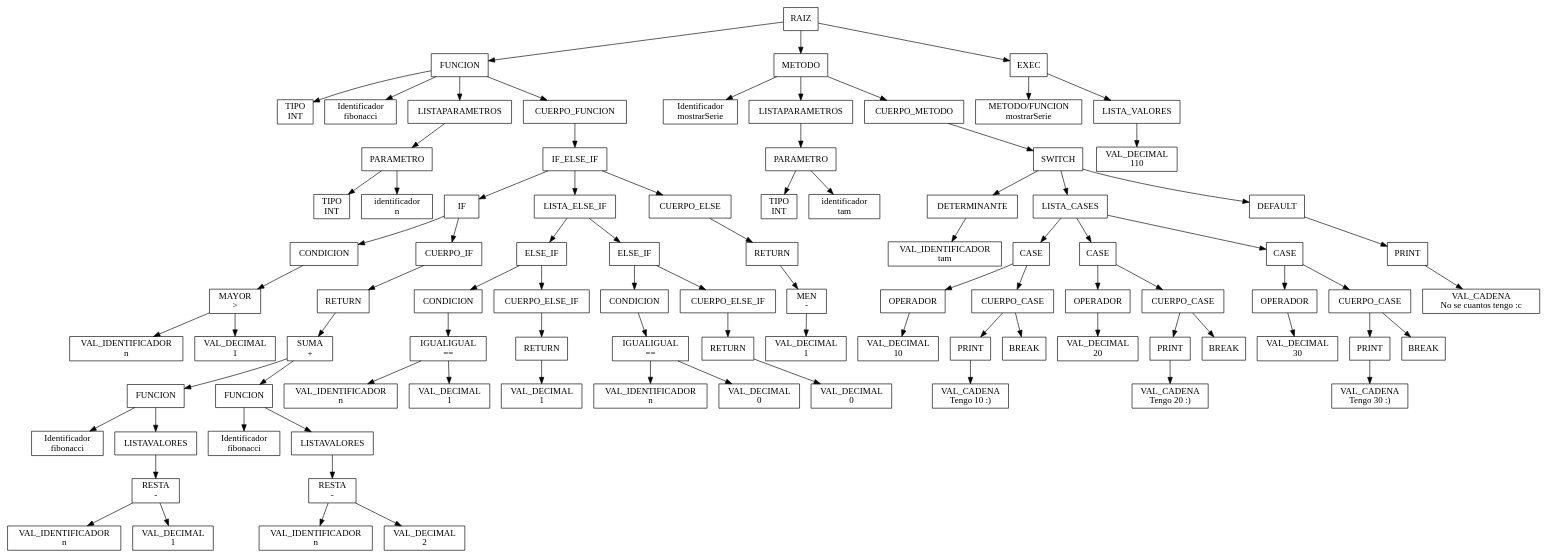
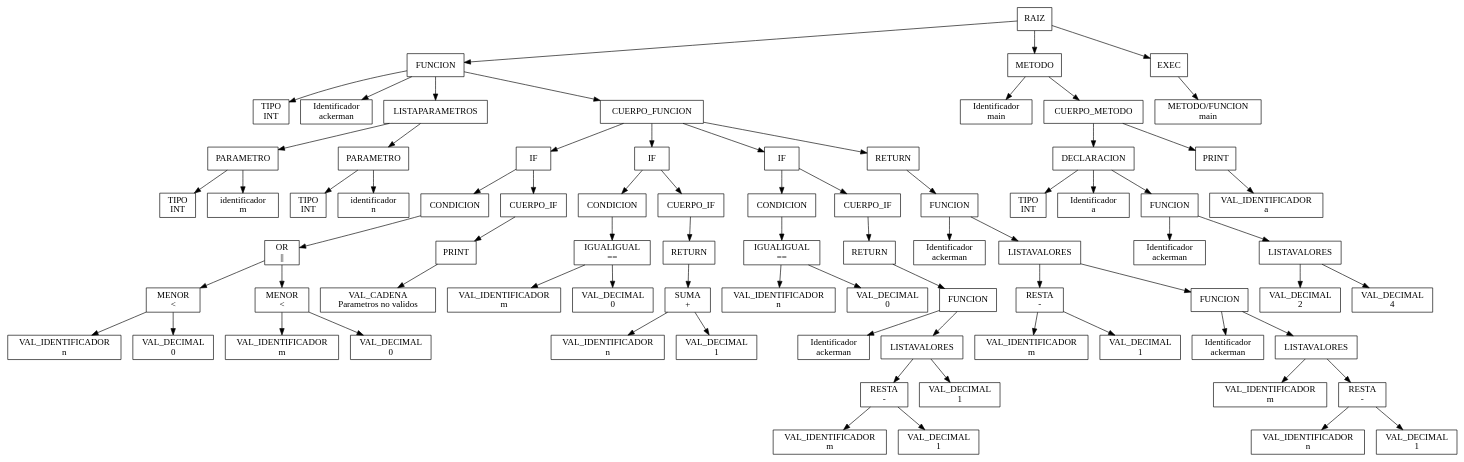
Before and after one commit to AngelArteaga1/OLC_Proyecto2_201901816: the diagram in backend/controller/ReporteAST/AST.dot, drawn with Graphviz. The commit also changed 6 other files, not shown here.

```diff
--- a/backend/controller/ReporteAST/AST.dot
+++ b/backend/controller/ReporteAST/AST.dot
@@ -1,180 +1,154 @@
 digraph G{node[shape="box"]Nodo0[label="RAIZ"];
 Nodo1[label="FUNCION"];
 Nodo0->Nodo1;
 Nodo2[label="TIPO \n INT"];
 Nodo1->Nodo2;
-Nodo3[label="Identificador \n fibonacci"];
+Nodo3[label="Identificador \n ackerman"];
 Nodo1->Nodo3;
 Nodo4[label="LISTAPARAMETROS"];
 Nodo1->Nodo4;
 Nodo5[label="PARAMETRO"];
 Nodo4->Nodo5;
 Nodo6[label="TIPO \n INT"];
 Nodo5->Nodo6;
-Nodo7[label="identificador \n n"];
+Nodo7[label="identificador \n m"];
 Nodo5->Nodo7;
-Nodo8[label="CUERPO_FUNCION"];
-Nodo1->Nodo8;
-Nodo9[label="IF_ELSE_IF"];
+Nodo8[label="PARAMETRO"];
+Nodo4->Nodo8;
+Nodo9[label="TIPO \n INT"];
 Nodo8->Nodo9;
-Nodo10[label="IF"];
-Nodo9->Nodo10;
-Nodo11[label="CONDICION"];
-Nodo10->Nodo11;
-Nodo12[label=" MAYOR \n >"];
+Nodo10[label="identificador \n n"];
+Nodo8->Nodo10;
+Nodo11[label="CUERPO_FUNCION"];
+Nodo1->Nodo11;
+Nodo12[label="IF"];
 Nodo11->Nodo12;
-Nodo13[label="VAL_IDENTIFICADOR \n n"];
+Nodo13[label="CONDICION"];
 Nodo12->Nodo13;
-Nodo14[label="VAL_DECIMAL \n 1"];
-Nodo12->Nodo14;
-Nodo15[label="CUERPO_IF"];
-Nodo10->Nodo15;
-Nodo16[label="RETURN"];
+Nodo14[label=" OR \n ||"];
+Nodo13->Nodo14;
+Nodo15[label=" MENOR \n <"];
+Nodo14->Nodo15;
+Nodo16[label="VAL_IDENTIFICADOR \n n"];
 Nodo15->Nodo16;
-Nodo17[label=" SUMA \n +"];
-Nodo16->Nodo17;
-Nodo18[label="FUNCION"];
-Nodo17->Nodo18;
-Nodo19[label="Identificador \n fibonacci"];
+Nodo17[label="VAL_DECIMAL \n 0"];
+Nodo15->Nodo17;
+Nodo18[label=" MENOR \n <"];
+Nodo14->Nodo18;
+Nodo19[label="VAL_IDENTIFICADOR \n m"];
 Nodo18->Nodo19;
-Nodo20[label="LISTAVALORES"];
+Nodo20[label="VAL_DECIMAL \n 0"];
 Nodo18->Nodo20;
-Nodo21[label=" RESTA \n -"];
-Nodo20->Nodo21;
-Nodo22[label="VAL_IDENTIFICADOR \n n"];
+Nodo21[label="CUERPO_IF"];
+Nodo12->Nodo21;
+Nodo22[label="PRINT"];
 Nodo21->Nodo22;
-Nodo23[label="VAL_DECIMAL \n 1"];
-Nodo21->Nodo23;
-Nodo24[label="FUNCION"];
-Nodo17->Nodo24;
-Nodo25[label="Identificador \n fibonacci"];
+Nodo23[label="VAL_CADENA \n Parametros no validos"];
+Nodo22->Nodo23;
+Nodo24[label="IF"];
+Nodo11->Nodo24;
+Nodo25[label="CONDICION"];
 Nodo24->Nodo25;
-Nodo26[label="LISTAVALORES"];
-Nodo24->Nodo26;
-Nodo27[label=" RESTA \n -"];
+Nodo26[label=" IGUALIGUAL \n =="];
+Nodo25->Nodo26;
+Nodo27[label="VAL_IDENTIFICADOR \n m"];
 Nodo26->Nodo27;
-Nodo28[label="VAL_IDENTIFICADOR \n n"];
-Nodo27->Nodo28;
-Nodo29[label="VAL_DECIMAL \n 2"];
-Nodo27->Nodo29;
-Nodo30[label="LISTA_ELSE_IF"];
-Nodo9->Nodo30;
-Nodo31[label="ELSE_IF"];
+Nodo28[label="VAL_DECIMAL \n 0"];
+Nodo26->Nodo28;
+Nodo29[label="CUERPO_IF"];
+Nodo24->Nodo29;
+Nodo30[label="RETURN"];
+Nodo29->Nodo30;
+Nodo31[label=" SUMA \n +"];
 Nodo30->Nodo31;
-Nodo32[label="CONDICION"];
+Nodo32[label="VAL_IDENTIFICADOR \n n"];
 Nodo31->Nodo32;
-Nodo33[label=" IGUALIGUAL \n =="];
-Nodo32->Nodo33;
-Nodo34[label="VAL_IDENTIFICADOR \n n"];
-Nodo33->Nodo34;
-Nodo35[label="VAL_DECIMAL \n 1"];
-Nodo33->Nodo35;
-Nodo36[label="CUERPO_ELSE_IF"];
-Nodo31->Nodo36;
-Nodo37[label="RETURN"];
+Nodo33[label="VAL_DECIMAL \n 1"];
+Nodo31->Nodo33;
+Nodo34[label="IF"];
+Nodo11->Nodo34;
+Nodo35[label="CONDICION"];
+Nodo34->Nodo35;
+Nodo36[label=" IGUALIGUAL \n =="];
+Nodo35->Nodo36;
+Nodo37[label="VAL_IDENTIFICADOR \n n"];
 Nodo36->Nodo37;
-Nodo38[label="VAL_DECIMAL \n 1"];
-Nodo37->Nodo38;
-Nodo39[label="ELSE_IF"];
-Nodo30->Nodo39;
-Nodo40[label="CONDICION"];
+Nodo38[label="VAL_DECIMAL \n 0"];
+Nodo36->Nodo38;
+Nodo39[label="CUERPO_IF"];
+Nodo34->Nodo39;
+Nodo40[label="RETURN"];
 Nodo39->Nodo40;
-Nodo41[label=" IGUALIGUAL \n =="];
+Nodo41[label="FUNCION"];
 Nodo40->Nodo41;
-Nodo42[label="VAL_IDENTIFICADOR \n n"];
+Nodo42[label="Identificador \n ackerman"];
 Nodo41->Nodo42;
-Nodo43[label="VAL_DECIMAL \n 0"];
+Nodo43[label="LISTAVALORES"];
 Nodo41->Nodo43;
-Nodo44[label="CUERPO_ELSE_IF"];
-Nodo39->Nodo44;
-Nodo45[label="RETURN"];
+Nodo44[label=" RESTA \n -"];
+Nodo43->Nodo44;
+Nodo45[label="VAL_IDENTIFICADOR \n m"];
 Nodo44->Nodo45;
-Nodo46[label="VAL_DECIMAL \n 0"];
-Nodo45->Nodo46;
-Nodo47[label="CUERPO_ELSE"];
-Nodo9->Nodo47;
+Nodo46[label="VAL_DECIMAL \n 1"];
+Nodo44->Nodo46;
+Nodo47[label="VAL_DECIMAL \n 1"];
+Nodo43->Nodo47;
 Nodo48[label="RETURN"];
-Nodo47->Nodo48;
-Nodo49[label=" MEN \n -"];
+Nodo11->Nodo48;
+Nodo49[label="FUNCION"];
 Nodo48->Nodo49;
-Nodo50[label="VAL_DECIMAL \n 1"];
+Nodo50[label="Identificador \n ackerman"];
 Nodo49->Nodo50;
-Nodo51[label="METODO"];
-Nodo0->Nodo51;
-Nodo52[label="Identificador \n mostrarSerie"];
+Nodo51[label="LISTAVALORES"];
+Nodo49->Nodo51;
+Nodo52[label=" RESTA \n -"];
 Nodo51->Nodo52;
-Nodo53[label="LISTAPARAMETROS"];
-Nodo51->Nodo53;
-Nodo54[label="PARAMETRO"];
-Nodo53->Nodo54;
-Nodo55[label="TIPO \n INT"];
-Nodo54->Nodo55;
-Nodo56[label="identificador \n tam"];
-Nodo54->Nodo56;
-Nodo57[label="CUERPO_METODO"];
-Nodo51->Nodo57;
-Nodo58[label="SWITCH"];
+Nodo53[label="VAL_IDENTIFICADOR \n m"];
+Nodo52->Nodo53;
+Nodo54[label="VAL_DECIMAL \n 1"];
+Nodo52->Nodo54;
+Nodo55[label="FUNCION"];
+Nodo51->Nodo55;
+Nodo56[label="Identificador \n ackerman"];
+Nodo55->Nodo56;
+Nodo57[label="LISTAVALORES"];
+Nodo55->Nodo57;
+Nodo58[label="VAL_IDENTIFICADOR \n m"];
 Nodo57->Nodo58;
-Nodo59[label="DETERMINANTE"];
-Nodo58->Nodo59;
-Nodo60[label="VAL_IDENTIFICADOR \n tam"];
+Nodo59[label=" RESTA \n -"];
+Nodo57->Nodo59;
+Nodo60[label="VAL_IDENTIFICADOR \n n"];
 Nodo59->Nodo60;
-Nodo61[label="LISTA_CASES"];
-Nodo58->Nodo61;
-Nodo62[label="CASE"];
-Nodo61->Nodo62;
-Nodo63[label="OPERADOR"];
+Nodo61[label="VAL_DECIMAL \n 1"];
+Nodo59->Nodo61;
+Nodo62[label="METODO"];
+Nodo0->Nodo62;
+Nodo63[label="Identificador \n main"];
 Nodo62->Nodo63;
-Nodo64[label="VAL_DECIMAL \n 10"];
-Nodo63->Nodo64;
-Nodo65[label="CUERPO_CASE"];
-Nodo62->Nodo65;
-Nodo66[label="PRINT"];
+Nodo64[label="CUERPO_METODO"];
+Nodo62->Nodo64;
+Nodo65[label="DECLARACION"];
+Nodo64->Nodo65;
+Nodo66[label="TIPO \n INT"];
 Nodo65->Nodo66;
-Nodo67[label="VAL_CADENA \n Tengo 10 :)"];
-Nodo66->Nodo67;
-Nodo68[label="BREAK"];
+Nodo67[label="Identificador \n a"];
+Nodo65->Nodo67;
+Nodo68[label="FUNCION"];
 Nodo65->Nodo68;
-Nodo69[label="CASE"];
-Nodo61->Nodo69;
-Nodo70[label="OPERADOR"];
-Nodo69->Nodo70;
-Nodo71[label="VAL_DECIMAL \n 20"];
+Nodo69[label="Identificador \n ackerman"];
+Nodo68->Nodo69;
+Nodo70[label="LISTAVALORES"];
+Nodo68->Nodo70;
+Nodo71[label="VAL_DECIMAL \n 2"];
 Nodo70->Nodo71;
-Nodo72[label="CUERPO_CASE"];
-Nodo69->Nodo72;
+Nodo72[label="VAL_DECIMAL \n 4"];
+Nodo70->Nodo72;
 Nodo73[label="PRINT"];
-Nodo72->Nodo73;
-Nodo74[label="VAL_CADENA \n Tengo 20 :)"];
+Nodo64->Nodo73;
+Nodo74[label="VAL_IDENTIFICADOR \n a"];
 Nodo73->Nodo74;
-Nodo75[label="BREAK"];
-Nodo72->Nodo75;
-Nodo76[label="CASE"];
-Nodo61->Nodo76;
-Nodo77[label="OPERADOR"];
-Nodo76->Nodo77;
-Nodo78[label="VAL_DECIMAL \n 30"];
-Nodo77->Nodo78;
-Nodo79[label="CUERPO_CASE"];
-Nodo76->Nodo79;
-Nodo80[label="PRINT"];
-Nodo79->Nodo80;
-Nodo81[label="VAL_CADENA \n Tengo 30 :)"];
-Nodo80->Nodo81;
-Nodo82[label="BREAK"];
-Nodo79->Nodo82;
-Nodo83[label="DEFAULT"];
-Nodo58->Nodo83;
-Nodo84[label="PRINT"];
-Nodo83->Nodo84;
-Nodo85[label="VAL_CADENA \n No se cuantos tengo :c"];
-Nodo84->Nodo85;
-Nodo86[label="EXEC"];
-Nodo0->Nodo86;
-Nodo87[label="METODO/FUNCION \n mostrarSerie"];
-Nodo86->Nodo87;
-Nodo88[label="LISTA_VALORES"];
-Nodo86->Nodo88;
-Nodo89[label="VAL_DECIMAL \n 110"];
-Nodo88->Nodo89;
+Nodo75[label="EXEC"];
+Nodo0->Nodo75;
+Nodo76[label="METODO/FUNCION \n main"];
+Nodo75->Nodo76;
 }
```
